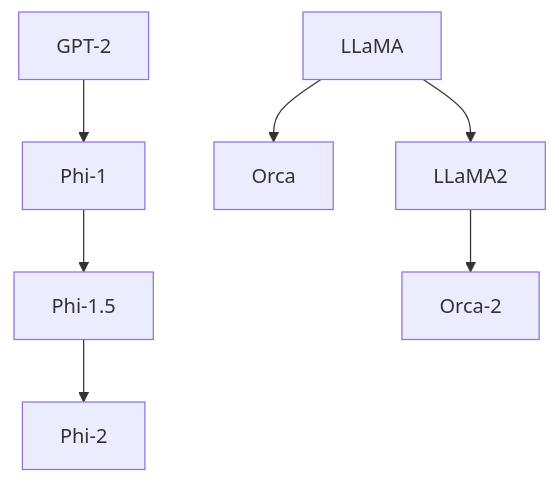
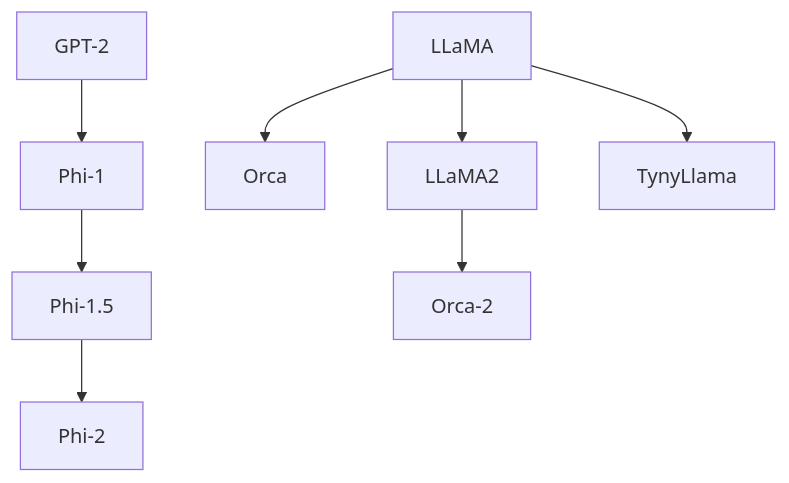
Before and after one commit to ted-sharp/chatvox: diagram 20 of 23 in doc/llm.md, drawn with Mermaid. The commit also changed other lines of this file, not shown here.

````diff
--- a/doc/llm.md
+++ b/doc/llm.md
@@ -978,7 +985,8 @@
 ```mermaid
 flowchart
 
 GPT-2 --> Phi-1 --> Phi-1.5 --> Phi-2
 LLaMA --> Orca
 LLaMA --> LLaMA2 --> Orca-2
+LLaMA --> TynyLlama
 ```
````
